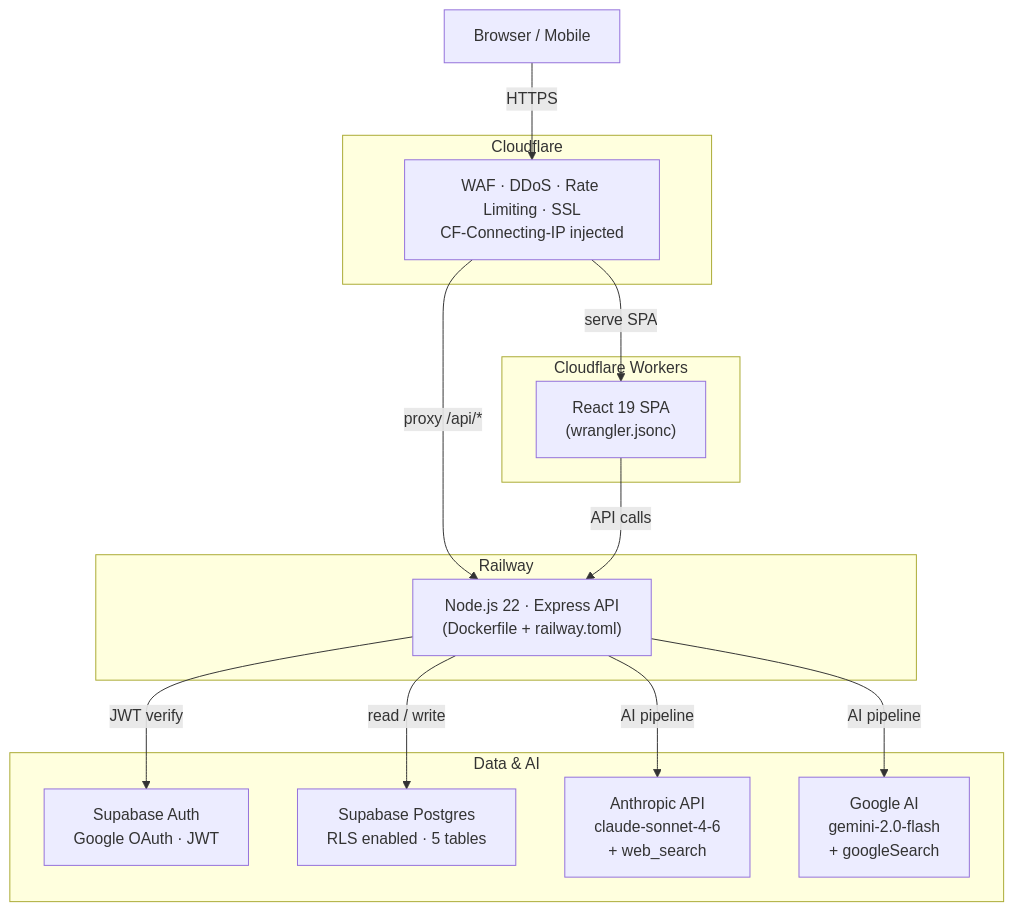
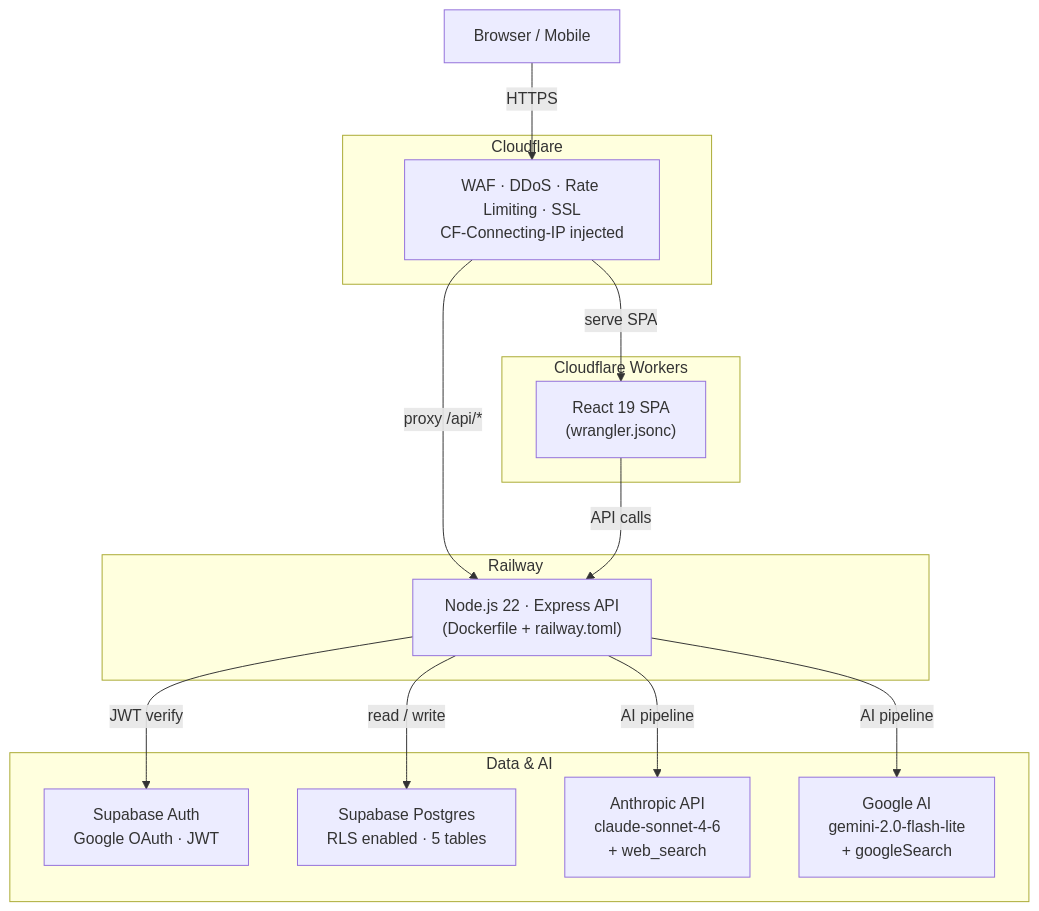
Before and after one commit to loopnestdev/moat-finder: the diagram in README.md, drawn with Mermaid. The commit also changed other lines of this file and 3 other files, not shown here.

Commit message:
fix: update Gemini model name to gemini-2.0-flash-lite in documentation

````diff
--- a/README.md
+++ b/README.md
@@ -25,32 +25,32 @@
 ```mermaid
 graph TB
     Browser["Browser / Mobile"]
 
     subgraph CF["Cloudflare"]
         WAF["WAF · DDoS · Rate Limiting · SSL\nCF-Connecting-IP injected"]
     end
 
     subgraph Frontend["Cloudflare Workers"]
         SPA["React 19 SPA\n(wrangler.jsonc)"]
     end
 
     subgraph Backend["Railway"]
         API["Node.js 22 · Express API\n(Dockerfile + railway.toml)"]
     end
 
     subgraph Data["Data & AI"]
         Auth["Supabase Auth\nGoogle OAuth · JWT"]
         DB["Supabase Postgres\nRLS enabled · 5 tables"]
         Claude["Anthropic API\nclaude-sonnet-4-6\n+ web_search"]
-        Gemini["Google AI\ngemini-2.0-flash\n+ googleSearch"]
+        Gemini["Google AI\ngemini-2.0-flash-lite\n+ googleSearch"]
     end
 
     Browser -->|HTTPS| WAF
     WAF -->|serve SPA| SPA
     WAF -->|proxy /api/*| API
     SPA -->|API calls| API
     API -->|JWT verify| Auth
     API -->|read / write| DB
     API -->|AI pipeline| Claude
     API -->|AI pipeline| Gemini
 ```
````
